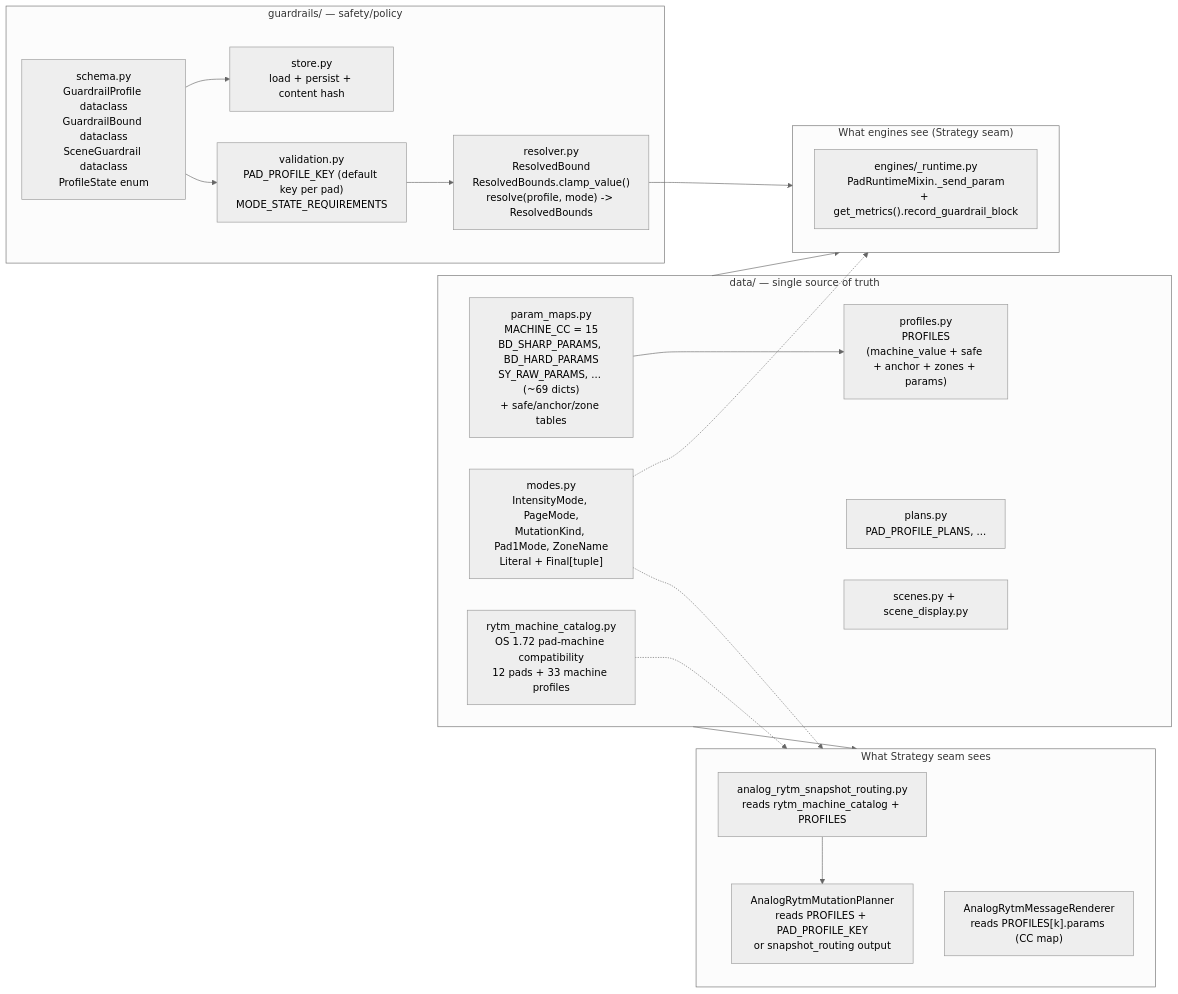
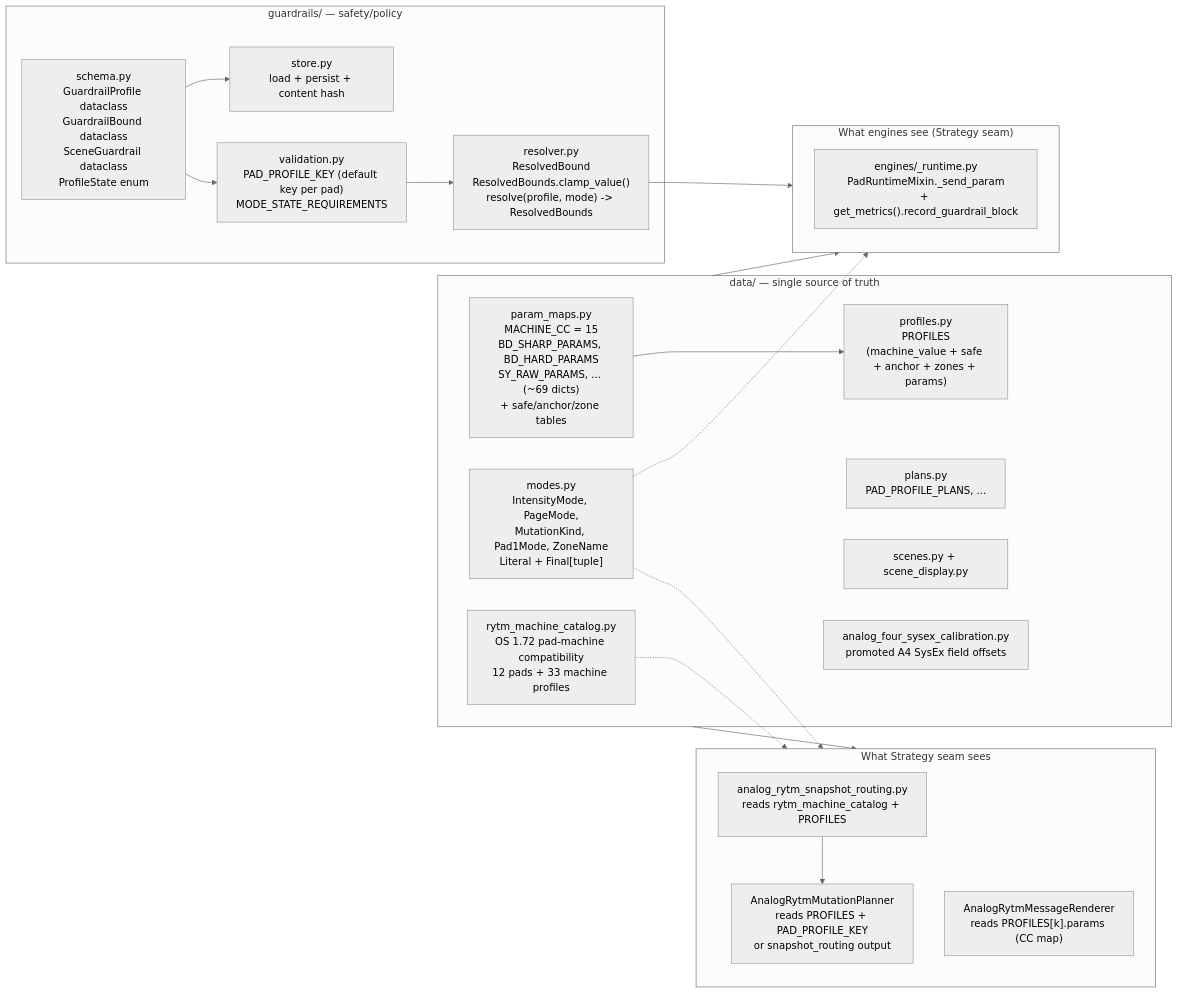
One commit to buzzijose-hub/RytmRandomizer changed the seventh of 34 diagrams in docs/ARCHITECTURE_DIAGRAMS.md. Above: the diagram before and after it, drawn with Mermaid (neutral theme). The commit also changed other lines of this file and 6 other files, not shown here.

Commit message:
feat: add analog four sysex calibration facts

````diff
--- a/docs/ARCHITECTURE_DIAGRAMS.md
+++ b/docs/ARCHITECTURE_DIAGRAMS.md
@@ -591,42 +592,43 @@
 ```mermaid
 flowchart LR
     subgraph DataPkg["data/ — single source of truth"]
         ParamMaps["param_maps.py<br/>MACHINE_CC = 15<br/>BD_SHARP_PARAMS, BD_HARD_PARAMS<br/>SY_RAW_PARAMS, ... (~69 dicts)<br/>+ safe/anchor/zone tables"]
         Profiles["profiles.py<br/>PROFILES<br/>(machine_value + safe + anchor + zones + params)"]
         Plans["plans.py<br/>PAD_PROFILE_PLANS, ..."]
         Scenes["scenes.py + scene_display.py"]
         Modes["modes.py<br/>IntensityMode, PageMode,<br/>MutationKind, Pad1Mode, ZoneName<br/>Literal + Final[tuple]"]
         MachineCatalog["rytm_machine_catalog.py<br/>OS 1.72 pad-machine compatibility<br/>12 pads + 33 machine profiles"]
+        A4SysexCalibration["analog_four_sysex_calibration.py<br/>promoted A4 SysEx field offsets"]
     end
 
     subgraph GuardrailsPkg["guardrails/ — safety/policy"]
         Schema["schema.py<br/>GuardrailProfile dataclass<br/>GuardrailBound dataclass<br/>SceneGuardrail dataclass<br/>ProfileState enum"]
         Store["store.py<br/>load + persist + content hash"]
         Validation["validation.py<br/>PAD_PROFILE_KEY (default key per pad)<br/>MODE_STATE_REQUIREMENTS"]
         Resolver["resolver.py<br/>ResolvedBound<br/>ResolvedBounds.clamp_value()<br/>resolve(profile, mode) -> ResolvedBounds"]
     end
 
     subgraph EnginesView["What engines see (Strategy seam)"]
         EngRuntime["engines/_runtime.py<br/>PadRuntimeMixin._send_param<br/>+ get_metrics().record_guardrail_block"]
     end
 
     subgraph StratView["What Strategy seam sees"]
         AS_Planner["AnalogRytmMutationPlanner<br/>reads PROFILES + PAD_PROFILE_KEY<br/>or snapshot_routing output"]
         AS_Router["analog_rytm_snapshot_routing.py<br/>reads rytm_machine_catalog + PROFILES"]
         AS_Renderer["AnalogRytmMessageRenderer<br/>reads PROFILES[k].params (CC map)"]
     end
 
     DataPkg --> EnginesView
     DataPkg --> StratView
 
     Schema --> Store
     Schema --> Validation
     Validation --> Resolver
     Resolver --> EnginesView
 
     ParamMaps --> Profiles
     MachineCatalog -.-> StratView
     AS_Router --> AS_Planner
     Modes -.-> EnginesView
     Modes -.-> StratView
 ```
````
